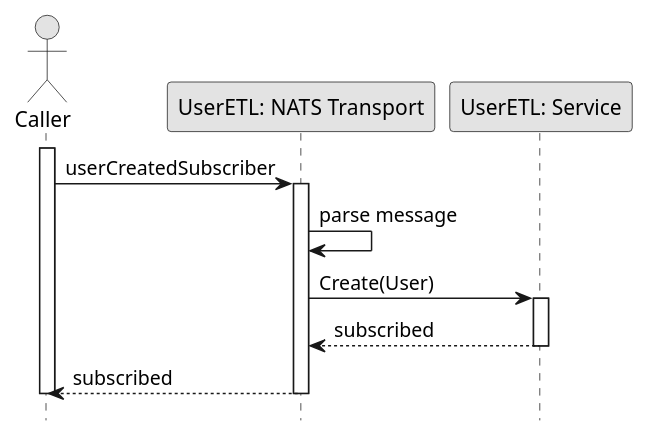
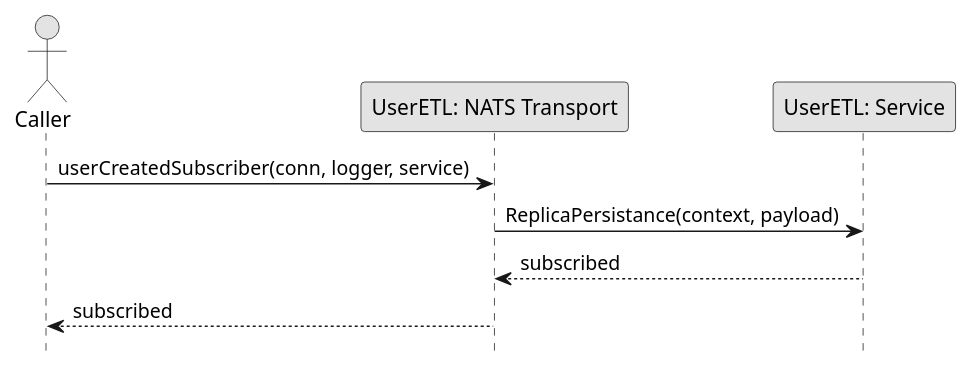
The diagram in Sequence/Release02/EVENT_SubscribeUserCreated.wsd (fwidjaya20/fazzlearning-uml), drawn with PlantUML before and after one commit. The commit also changed 29 other files, not shown here.

Commit message:
fix(sequence): fix invalid sequence

```diff
--- a/Sequence/Release02/EVENT_SubscribeUserCreated.wsd
+++ b/Sequence/Release02/EVENT_SubscribeUserCreated.wsd
@@ -1,26 +1,17 @@
 @startuml SubscribeUserCreated
 
 skinparam ConditionStyle hline
 skinparam Monochrome true
 skinparam Shadowing false
 hide footbox
 
 actor Caller
 participant "UserETL: NATS Transport" as UserETLNATSTransport
 participant "UserETL: Service" as UserETLService
 
-activate Caller
-
-Caller->UserETLNATSTransport: userCreatedSubscriber
-activate UserETLNATSTransport
-UserETLNATSTransport->UserETLNATSTransport: parse message
-UserETLNATSTransport->UserETLService: Create(User)
-activate UserETLService
+Caller->UserETLNATSTransport: userCreatedSubscriber(conn, logger, service)
+UserETLNATSTransport->UserETLService: ReplicaPersistance(context, payload)
 UserETLService-->UserETLNATSTransport: subscribed
-deactivate UserETLService
 UserETLNATSTransport-->Caller: subscribed
-deactivate UserETLNATSTransport
-
-deactivate Caller
 
 @enduml
```
